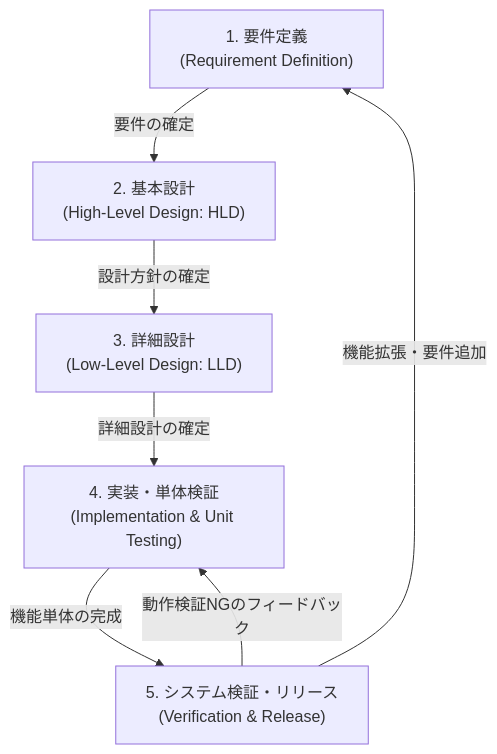
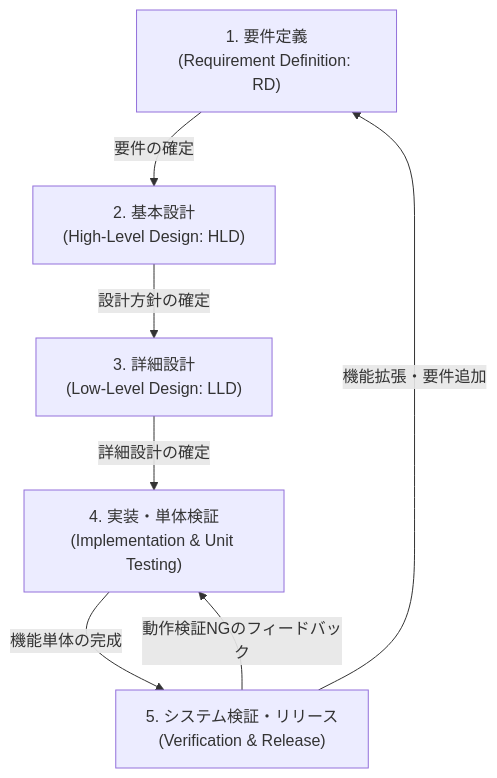
The diagram in docs/development_process.md (rokujyouhitoma/koizora), drawn with Mermaid before and after one commit. The commit also changed other lines of this file, not shown here.

````diff
--- a/docs/development_process.md
+++ b/docs/development_process.md
@@ -11,15 +56,15 @@
 ```mermaid
 flowchart TD
-    Phase1["1. 要件定義<br>(Requirement Definition)"]
+    Phase1["1. 要件定義<br>(Requirement Definition: RD)"]
     Phase2["2. 基本設計<br>(High-Level Design: HLD)"]
     Phase3["3. 詳細設計<br>(Low-Level Design: LLD)"]
     Phase4["4. 実装・単体検証<br>(Implementation & Unit Testing)"]
     Phase5["5. システム検証・リリース<br>(Verification & Release)"]
     
     Phase1 -->|"要件の確定"| Phase2
     Phase2 -->|"設計方針の確定"| Phase3
     Phase3 -->|"詳細設計の確定"| Phase4
     Phase4 -->|"機能単体の完成"| Phase5
     Phase5 -->|"動作検証NGのフィードバック"| Phase4
     Phase5 -->|"機能拡張・要件追加"| Phase1
 ```
````
